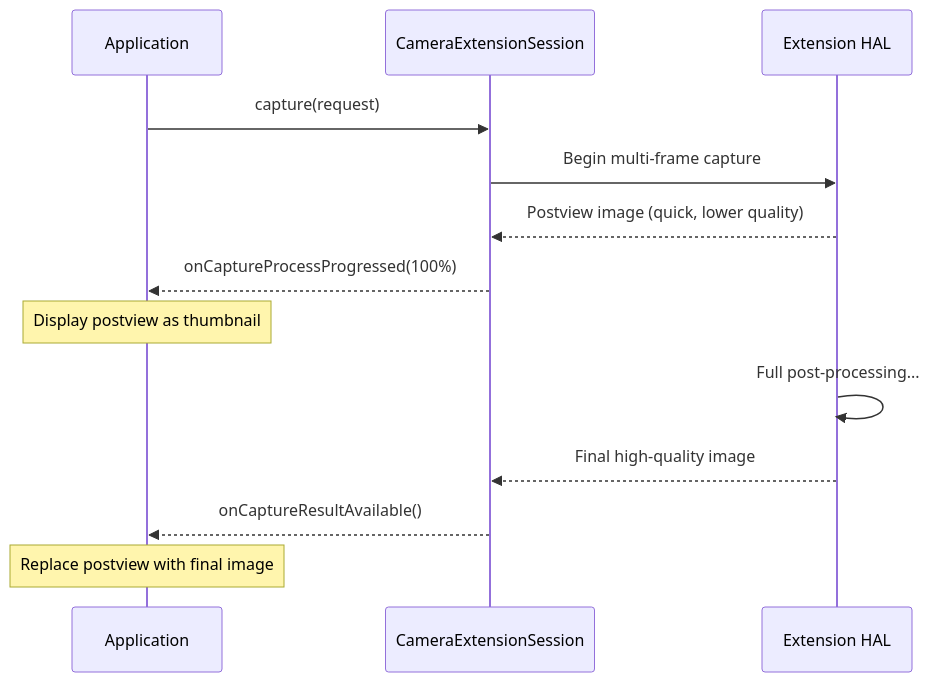
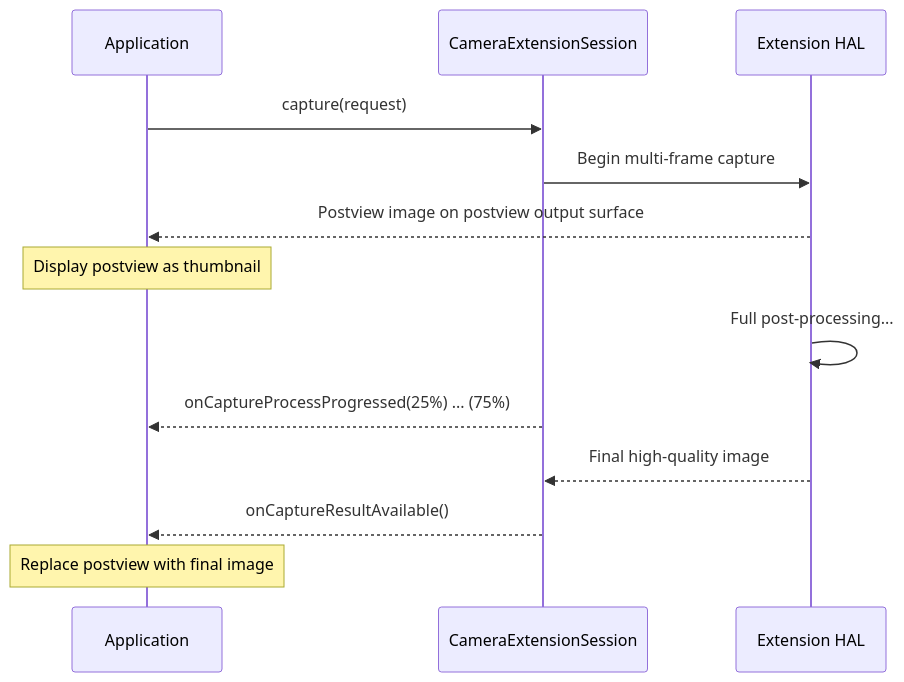
Before and after one commit to aospbooks/aosp-internal-book: diagram 23 of 25 in agents/claude/skills/aosp-device-support/64-camera2-pipeline.md, drawn with Mermaid. The commit also changed other lines of this file and 218 other files, not shown here.

````diff
--- a/agents/claude/skills/aosp-device-support/64-camera2-pipeline.md
+++ b/agents/claude/skills/aosp-device-support/64-camera2-pipeline.md
@@ -1957,16 +1999,16 @@
 ```mermaid
 sequenceDiagram
     participant App as Application
     participant EXT as CameraExtensionSession
     participant HAL as Extension HAL
 
     App->>EXT: capture(request)
     EXT->>HAL: Begin multi-frame capture
-    HAL-->>EXT: Postview image (quick, lower quality)
-    EXT-->>App: onCaptureProcessProgressed(100%)
+    HAL-->>App: Postview image on postview output surface
     Note over App: Display postview as thumbnail
     HAL->>HAL: Full post-processing...
+    EXT-->>App: onCaptureProcessProgressed(25%) ... (75%)
     HAL-->>EXT: Final high-quality image
     EXT-->>App: onCaptureResultAvailable()
     Note over App: Replace postview with final image
 ```
````
